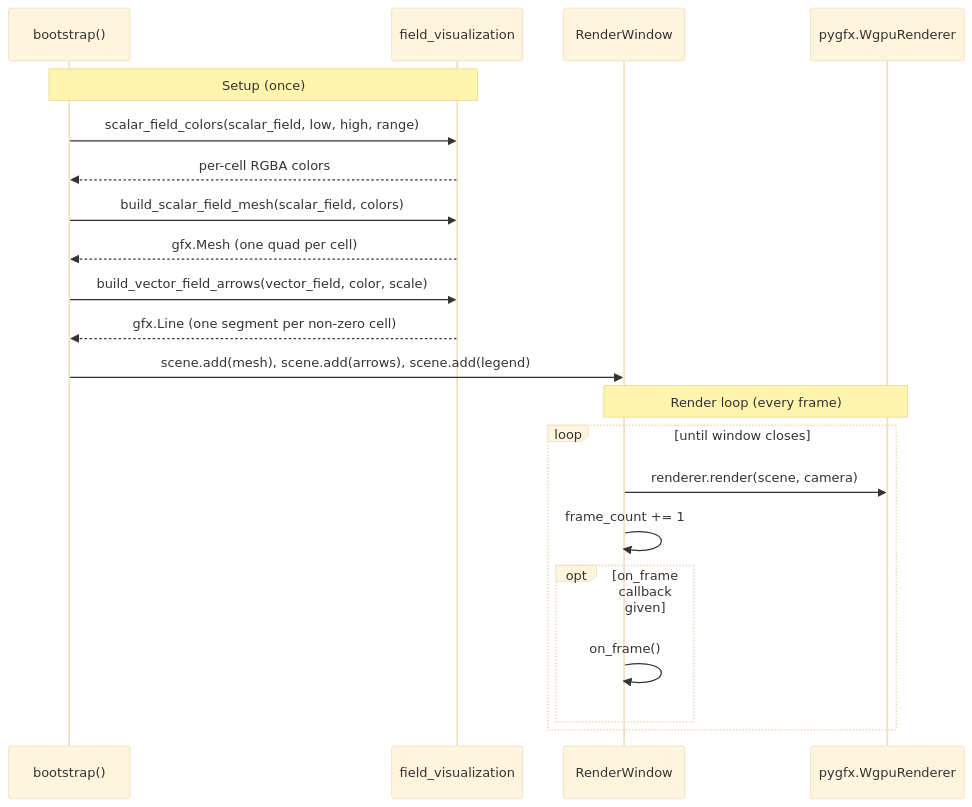
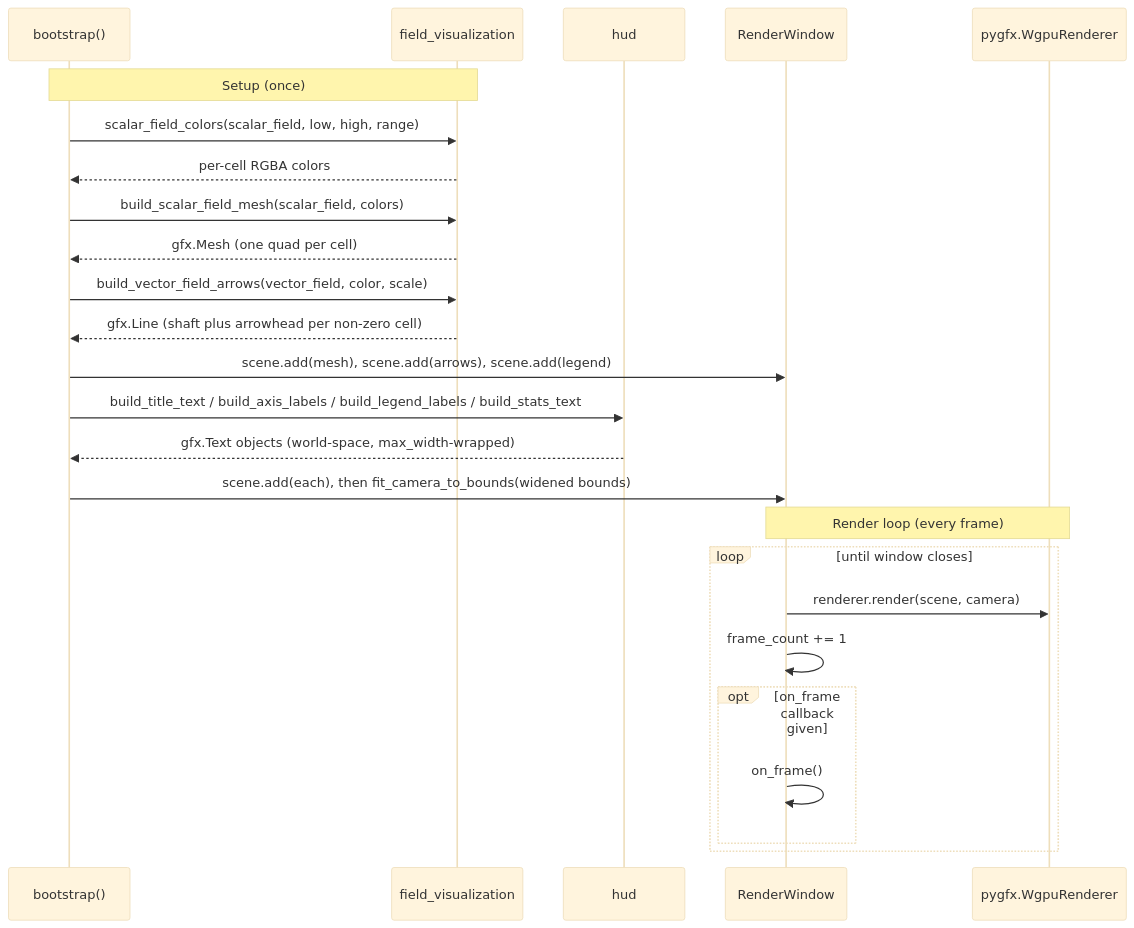
One commit to AdamClemens/PyFlow changed the sixth of 6 diagrams in docs/architecture/sequences.md. Above: the diagram before and after it, drawn with Mermaid (base theme). The commit also changed other lines of this file and 1 other file, not shown here.

````diff
--- a/docs/architecture/sequences.md
+++ b/docs/architecture/sequences.md
@@ -372,25 +394,29 @@
 ```mermaid
 sequenceDiagram
     participant bootstrap as bootstrap()
     participant Viz as field_visualization
+    participant Hud as hud
     participant Window as RenderWindow
     participant Renderer as pygfx.WgpuRenderer
 
     Note over bootstrap,Viz: Setup (once)
     bootstrap->>Viz: scalar_field_colors(scalar_field, low, high, range)
     Viz-->>bootstrap: per-cell RGBA colors
     bootstrap->>Viz: build_scalar_field_mesh(scalar_field, colors)
     Viz-->>bootstrap: gfx.Mesh (one quad per cell)
     bootstrap->>Viz: build_vector_field_arrows(vector_field, color, scale)
-    Viz-->>bootstrap: gfx.Line (one segment per non-zero cell)
+    Viz-->>bootstrap: gfx.Line (shaft plus arrowhead per non-zero cell)
     bootstrap->>Window: scene.add(mesh), scene.add(arrows), scene.add(legend)
+    bootstrap->>Hud: build_title_text / build_axis_labels / build_legend_labels / build_stats_text
+    Hud-->>bootstrap: gfx.Text objects (world-space, max_width-wrapped)
+    bootstrap->>Window: scene.add(each), then fit_camera_to_bounds(widened bounds)
 
     Note over Window,Renderer: Render loop (every frame)
     loop until window closes
         Window->>Renderer: renderer.render(scene, camera)
         Window->>Window: frame_count += 1
         opt on_frame callback given
             Window->>Window: on_frame()
         end
     end
 ```
````
